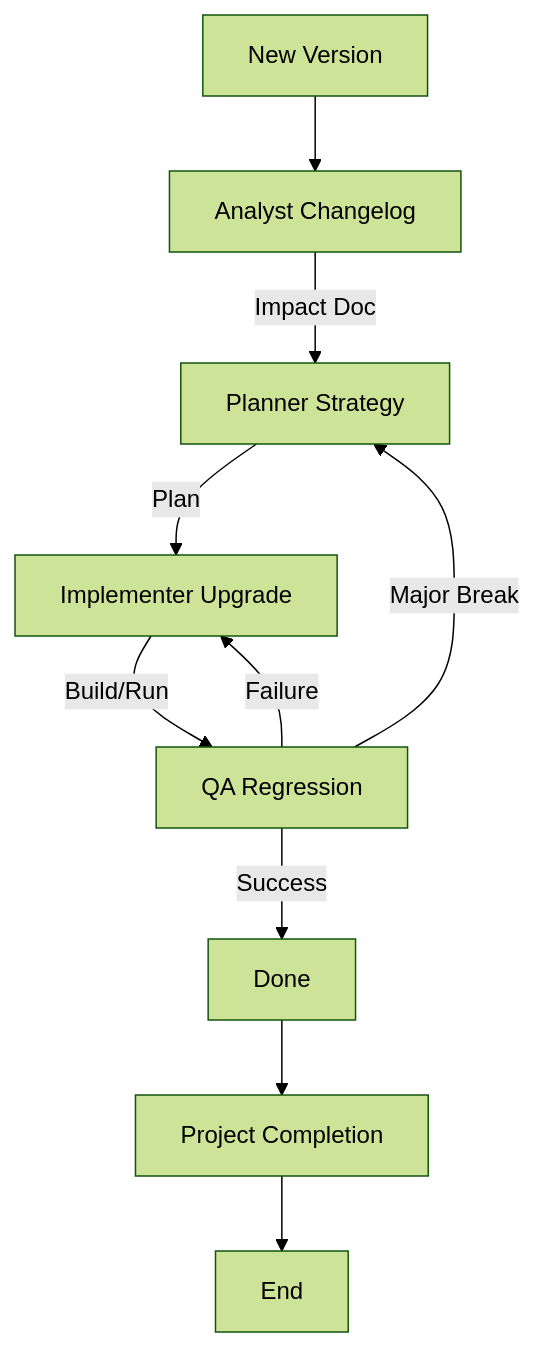
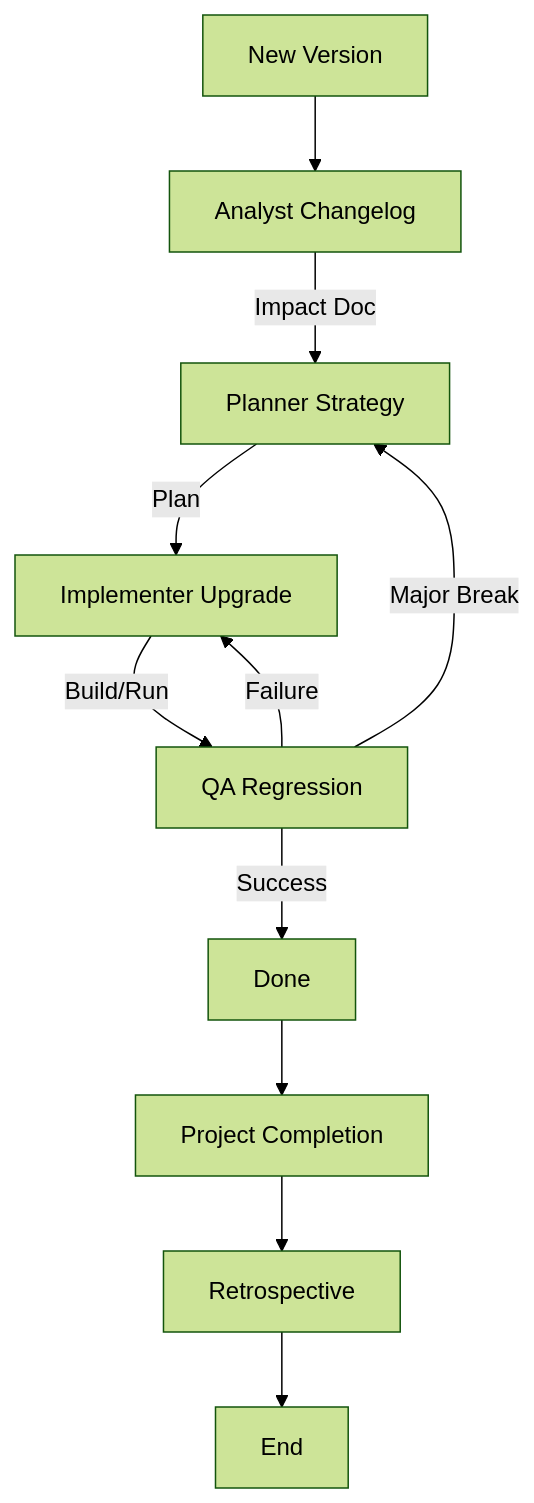
One commit to seanspiesman/Agents-and-Workflows changed the diagram in custom-agents/workflows/maintenance/DependencyUpgrade.workflow.md. Above: the diagram before and after it, drawn with Mermaid (forest theme). The commit also changed other lines of this file and 38 other files, not shown here.

````diff
--- a/custom-agents/workflows/maintenance/DependencyUpgrade.workflow.md
+++ b/custom-agents/workflows/maintenance/DependencyUpgrade.workflow.md
@@ -90,12 +98,13 @@
 ```mermaid
 flowchart TD
     A[New Version] --> B[Analyst Changelog]
     B -->|Impact Doc| C[Planner Strategy]
     C -->|Plan| D[Implementer Upgrade]
     D -->|Build/Run| E[QA Regression]
     E -->|Failure| D
     E -->|Major Break| C
     E -->|Success| F[Done]
     F --> G[Project Completion]
-    G --> H[End]
+    G --> I[Retrospective]
+    I --> H[End]
 ```
````
